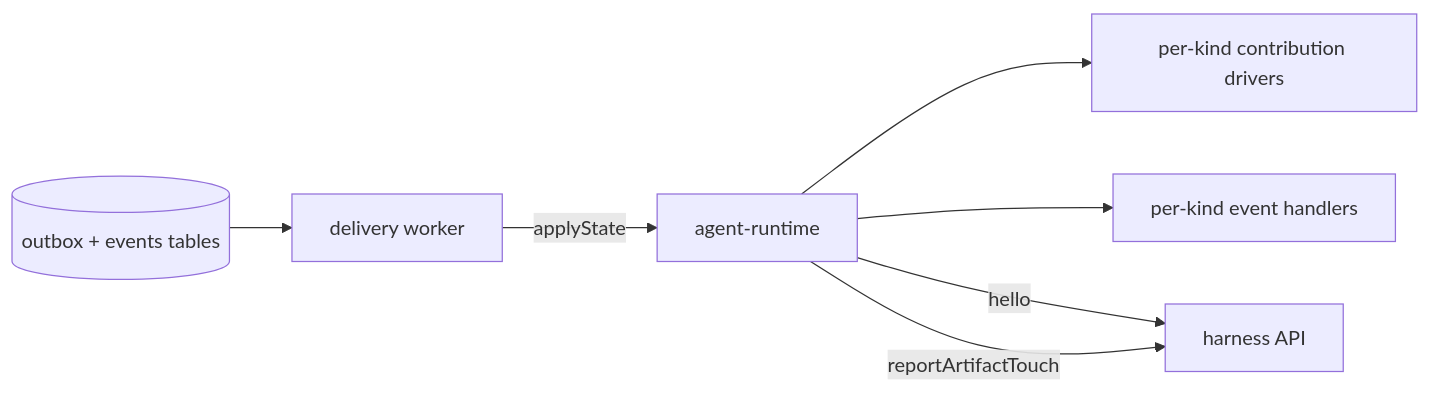
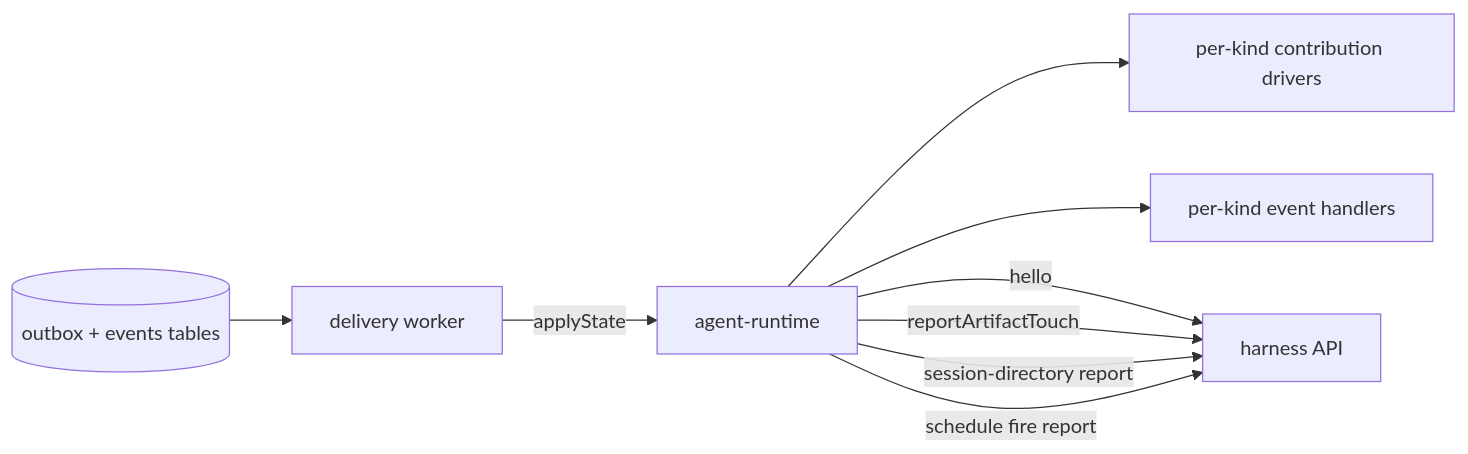
Before and after one commit to dam-agents/dam: the first of 5 diagrams in docs/architecture/runtime-delivery.md, drawn with Mermaid. The commit also changed 26 other files, not shown here.

````diff
--- a/docs/architecture/runtime-delivery.md
+++ b/docs/architecture/runtime-delivery.md
@@ -20,16 +20,18 @@
 ```mermaid
 flowchart LR
   outbox[(outbox + events tables)]
   worker[delivery worker]
   rt[agent-runtime]
   drivers[per-kind contribution drivers]
   handlers[per-kind event handlers]
   api[harness API]
 
   outbox --> worker
   worker -->|applyState| rt
   rt --> drivers
   rt --> handlers
   rt -->|hello| api
   rt -->|reportArtifactTouch| api
+  rt -->|session-directory report| api
+  rt -->|schedule fire report| api
 ```
````
